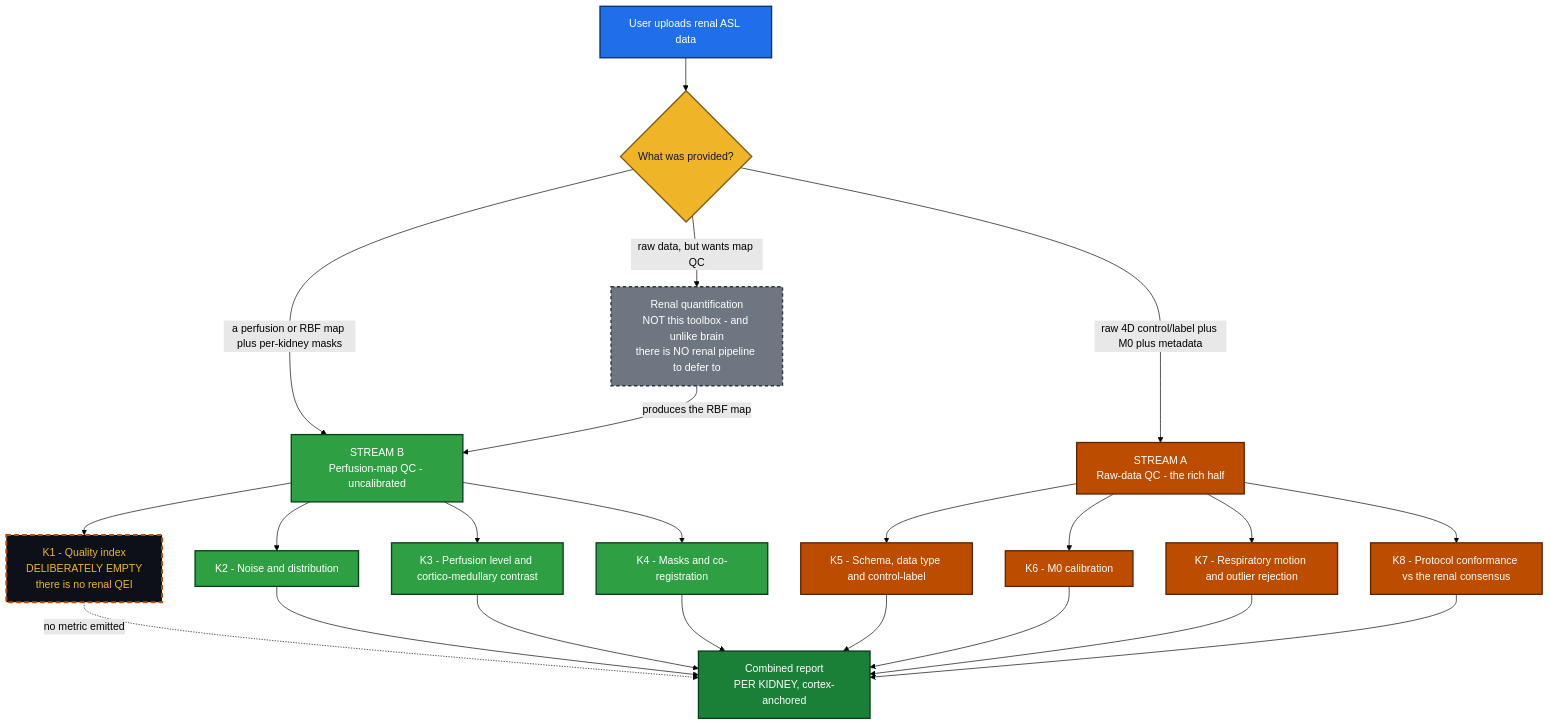
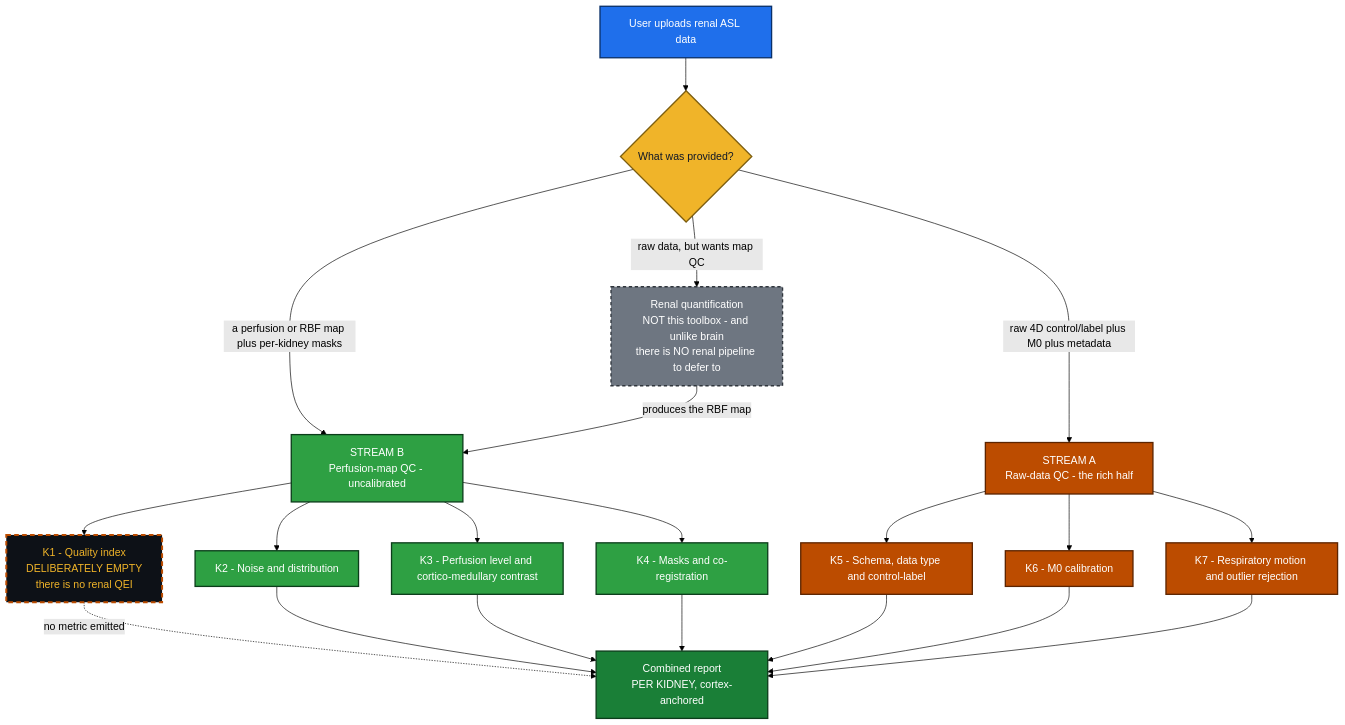
Before and after one commit to Jitmisra/OSIPI-DOCS: the first of 2 diagrams in kidney/KIDNEY_QC_BRIEF.md, drawn with Mermaid (forest theme). The commit also changed other lines of this file and 10 other files, not shown here.

First line of the commit message:
kidney: drop module K8, protocol conformance is out of scope for v1

````diff
--- a/kidney/KIDNEY_QC_BRIEF.md
+++ b/kidney/KIDNEY_QC_BRIEF.md
@@ -46,36 +46,34 @@
 ```mermaid
 flowchart TD
   U["User uploads renal ASL data"] --> D{"What was provided?"}
   D -->|"raw 4D control/label plus M0 plus metadata"| A["STREAM A<br/>Raw-data QC - the rich half"]
   D -->|"a perfusion or RBF map plus per-kidney masks"| B["STREAM B<br/>Perfusion-map QC - uncalibrated"]
   D -->|"raw data, but wants map QC"| PIPE["Renal quantification<br/>NOT this toolbox - and unlike brain<br/>there is NO renal pipeline to defer to"]
   PIPE -->|"produces the RBF map"| B
   B --> B1["K1 - Quality index<br/>DELIBERATELY EMPTY<br/>there is no renal QEI"]
   B --> B2["K2 - Noise and distribution"]
   B --> B3["K3 - Perfusion level and cortico-medullary contrast"]
   B --> B4["K4 - Masks and co-registration"]
   A --> A5["K5 - Schema, data type and control-label"]
   A --> A6["K6 - M0 calibration"]
   A --> A7["K7 - Respiratory motion and outlier rejection"]
-  A --> A8["K8 - Protocol conformance vs the renal consensus"]
   B1 -.->|"no metric emitted"| R["Combined report<br/>PER KIDNEY, cortex-anchored"]
   B2 --> R
   B3 --> R
   B4 --> R
   A5 --> R
   A6 --> R
   A7 --> R
-  A8 --> R
-  classDef a fill:#bc4c00,color:#fff,stroke:#5c2400,stroke-width:2px;
+    classDef a fill:#bc4c00,color:#fff,stroke:#5c2400,stroke-width:2px;
   classDef b fill:#2ea043,color:#fff,stroke:#0b3d1a,stroke-width:2px;
   classDef d fill:#f0b429,color:#111827,stroke:#7d5e0f,stroke-width:2px;
   classDef u fill:#1f6feb,color:#fff,stroke:#0a3069,stroke-width:2px;
   classDef r fill:#1a7f37,color:#fff,stroke:#0b3d1a,stroke-width:2px;
   classDef ext fill:#6e7681,color:#fff,stroke:#30363d,stroke-width:2px,stroke-dasharray:5 4;
   classDef void fill:#0d1117,color:#f0b429,stroke:#bc4c00,stroke-width:3px,stroke-dasharray:7 5;
   class U u; class D d;
-  class A,A5,A6,A7,A8 a;
+  class A,A5,A6,A7 a;
   class B,B2,B3,B4 b;
   class B1 void;
   class R r; class PIPE ext;
 ```
````
